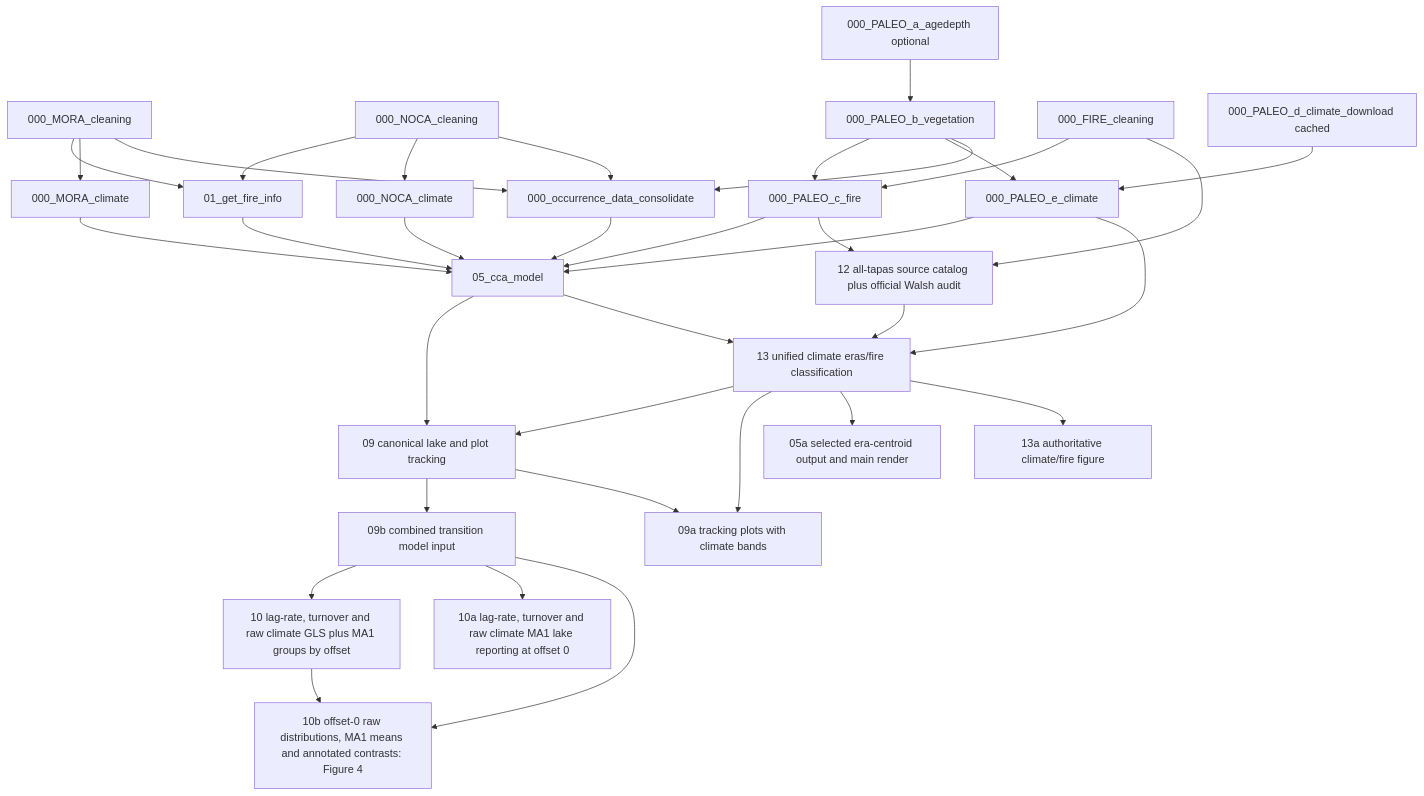
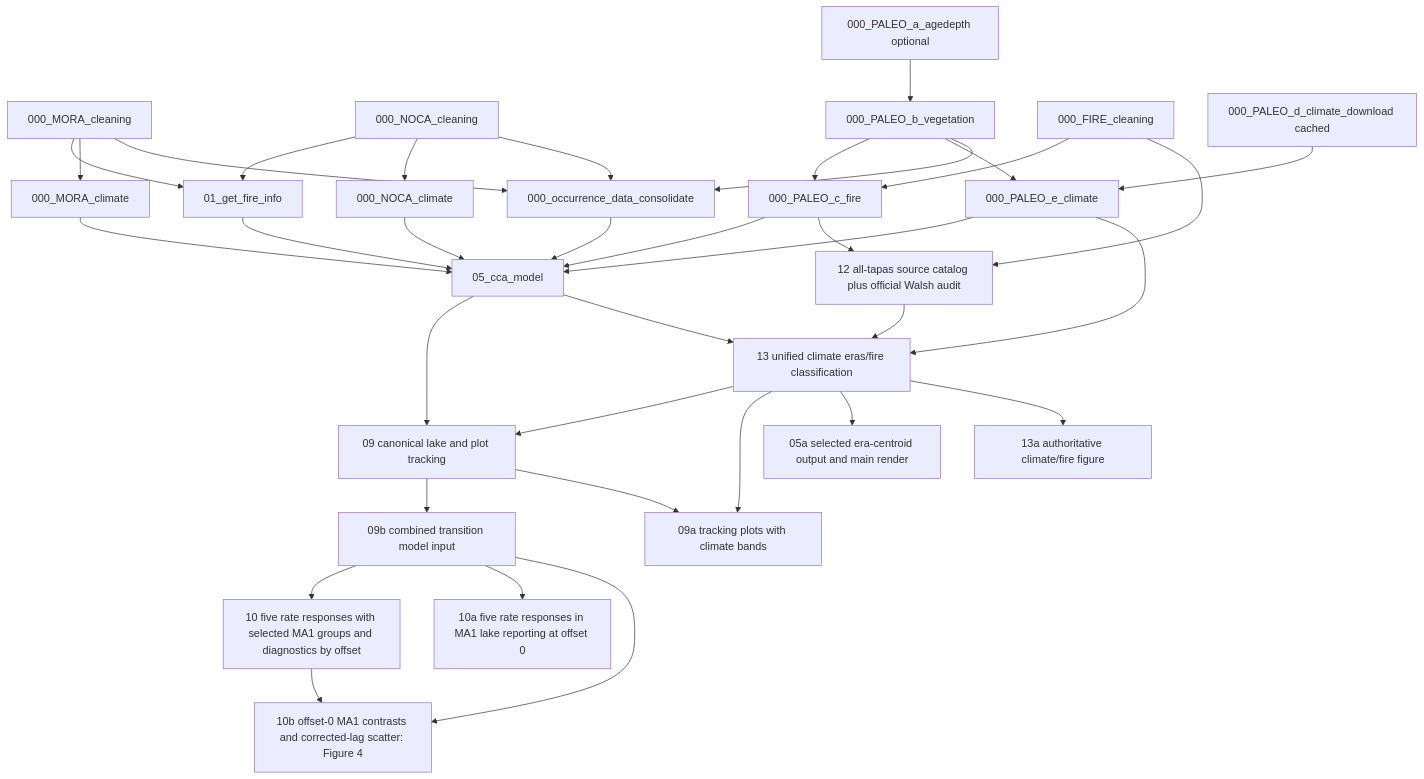
The diagram in docs/WORKFLOW.md (billurbektas/PaleoACES), drawn with Mermaid before and after one commit. The commit also changed other lines of this file and 105 other files, not shown here.

Commit message:
Add corrected lag-rate models and anchor contrast scatter figure

````diff
--- a/docs/WORKFLOW.md
+++ b/docs/WORKFLOW.md
@@ -75,37 +75,37 @@
 ```mermaid
 flowchart TD
   MV[000_MORA_cleaning] --> AF[01_get_fire_info]
   NV[000_NOCA_cleaning] --> AF
   MV --> MC[000_MORA_climate]
   NV --> NC[000_NOCA_climate]
   BA[000_PALEO_a_agedepth optional] --> PV[000_PALEO_b_vegetation]
   FW[000_FIRE_cleaning] --> PF[000_PALEO_c_fire]
   PV --> PF
   PD[000_PALEO_d_climate_download cached] --> PE[000_PALEO_e_climate]
   PV --> PE
   MV --> OC[000_occurrence_data_consolidate]
   NV --> OC
   PV --> OC
   OC --> CCA[05_cca_model]
   MC --> CCA
   NC --> CCA
   PE --> CCA
   AF --> CCA
   PF --> CCA
   CCA --> TM1[09 canonical lake and plot tracking]
   FW --> WR[12 all-tapas source catalog plus official Walsh audit]
   PF --> WR
   CCA --> ER[13 unified climate eras/fire classification]
   ER --> TM1
   TM1 --> MD[09b combined transition model input]
-  MD --> GLS[10 lag-rate, turnover and raw climate GLS plus MA1 groups by offset]
-  MD --> LS[10a lag-rate, turnover and raw climate MA1 lake reporting at offset 0]
-  MD --> MF[10b offset-0 raw distributions, MA1 means and annotated contrasts: Figure 4]
+  MD --> GLS[10 five rate responses with selected MA1 groups and diagnostics by offset]
+  MD --> LS[10a five rate responses in MA1 lake reporting at offset 0]
+  MD --> MF[10b offset-0 MA1 contrasts and corrected-lag scatter: Figure 4]
   GLS --> MF
   TM1 --> TV[09a tracking plots with climate bands]
   ER --> TV
   PE --> ER
   WR --> ER
   ER --> CA[05a selected era-centroid output and main render]
   ER --> CF[13a authoritative climate/fire figure]
 ```
````
